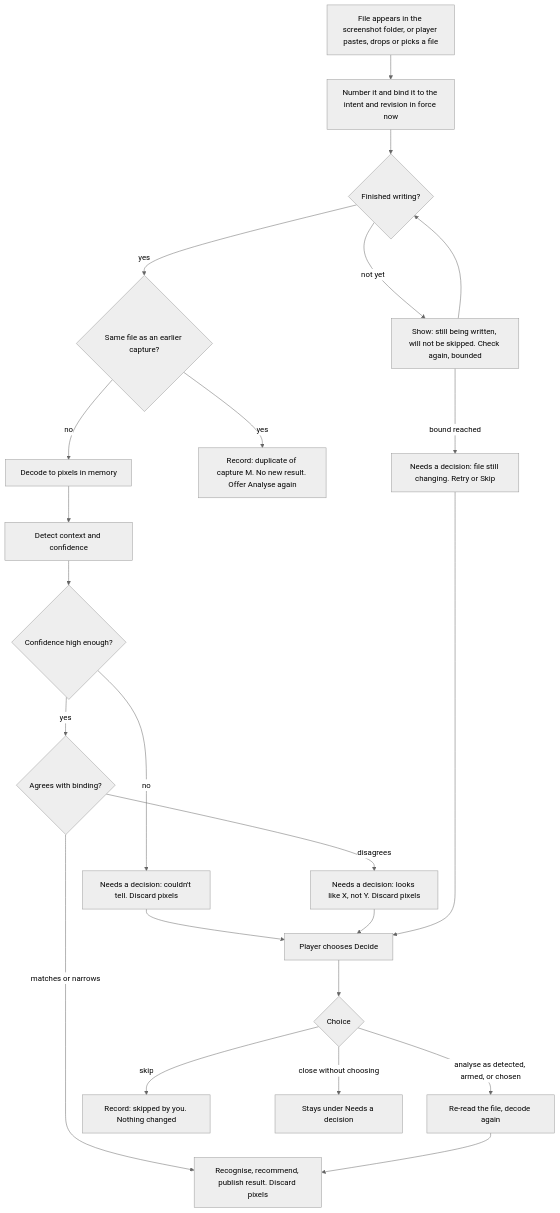
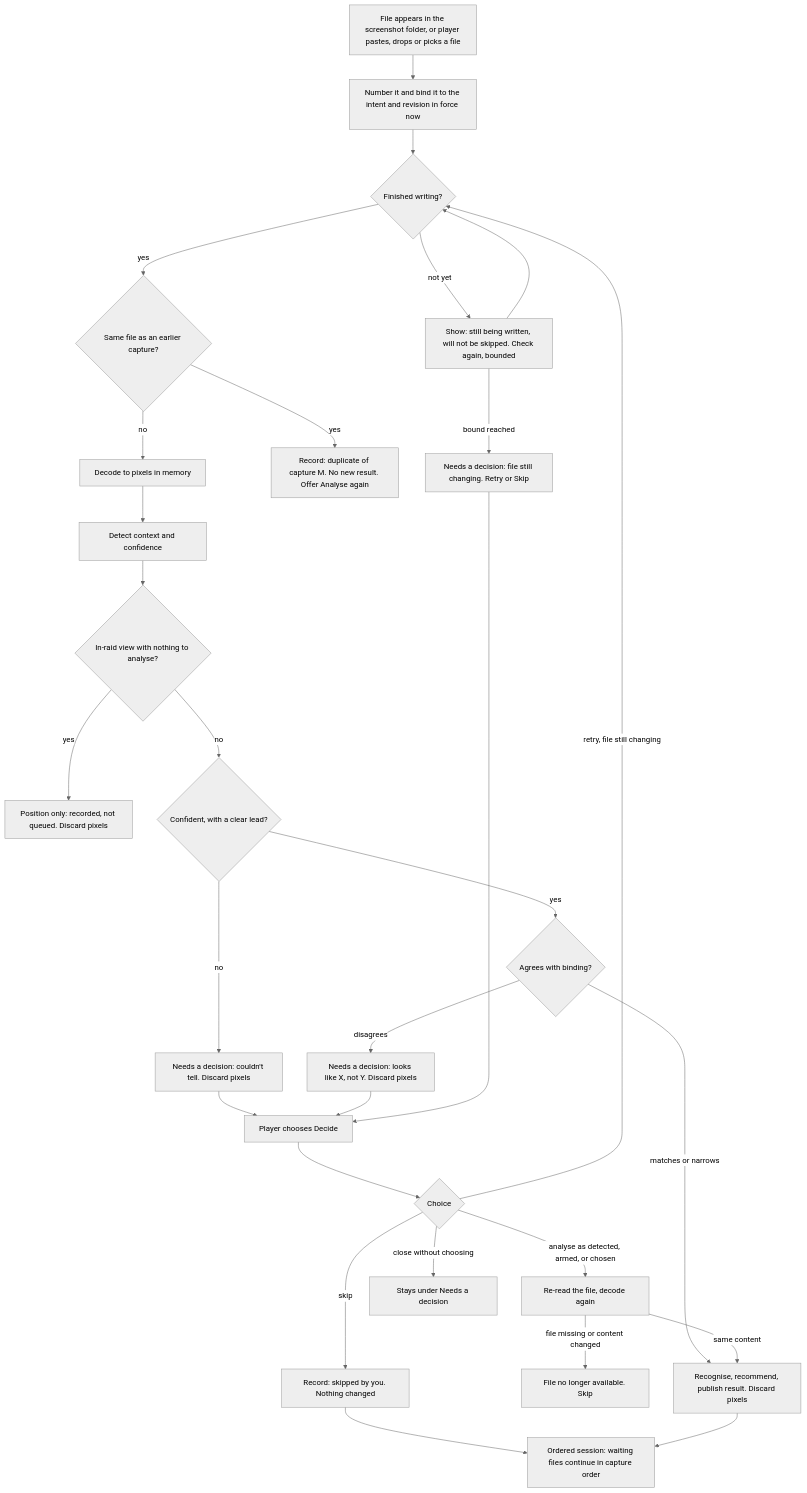
The diagram in docs/design/v2/validation/capture-intent-mismatch.md (smartpbx/tarkov-companion), drawn with Mermaid (neutral theme) before and after one commit. The commit also changed other lines of this file and 24 other files, not shown here.

````diff
--- a/docs/design/v2/validation/capture-intent-mismatch.md
+++ b/docs/design/v2/validation/capture-intent-mismatch.md
@@ -42,24 +51,31 @@
 ```mermaid
 flowchart TD
     A[File appears in the screenshot folder, or player pastes, drops or picks a file] --> B[Number it and bind it to the intent and revision in force now]
     B --> C{Finished writing?}
     C -- not yet --> C1[Show: still being written, will not be skipped. Check again, bounded]
     C1 --> C
     C1 -- bound reached --> N1[Needs a decision: file still changing. Retry or Skip]
     C -- yes --> D{Same file as an earlier capture?}
     D -- yes --> D1[Record: duplicate of capture M. No new result. Offer Analyse again]
     D -- no --> E[Decode to pixels in memory]
     E --> F[Detect context and confidence]
-    F --> G{Confidence high enough?}
+    F --> O{In-raid view with nothing to analyse?}
+    O -- yes --> O1[Position only: recorded, not queued. Discard pixels]
+    O -- no --> G{Confident, with a clear lead?}
     G -- no --> U[Needs a decision: couldn't tell. Discard pixels]
     G -- yes --> H{Agrees with binding?}
     H -- matches or narrows --> R[Recognise, recommend, publish result. Discard pixels]
     H -- disagrees --> M[Needs a decision: looks like X, not Y. Discard pixels]
     U --> P[Player chooses Decide]
     M --> P
     N1 --> P
     P --> Q{Choice}
-    Q -- analyse as detected, armed, or chosen --> E2[Re-read the file, decode again] --> R
+    Q -- retry, file still changing --> C
+    Q -- analyse as detected, armed, or chosen --> E2[Re-read the file, decode again]
+    E2 -- same content --> R
+    E2 -- file missing or content changed --> G1[File no longer available. Skip]
     Q -- skip --> S[Record: skipped by you. Nothing changed]
+    S --> W[Ordered session: waiting files continue in capture order]
+    R --> W
     Q -- close without choosing --> P2[Stays under Needs a decision]
 ```
````
